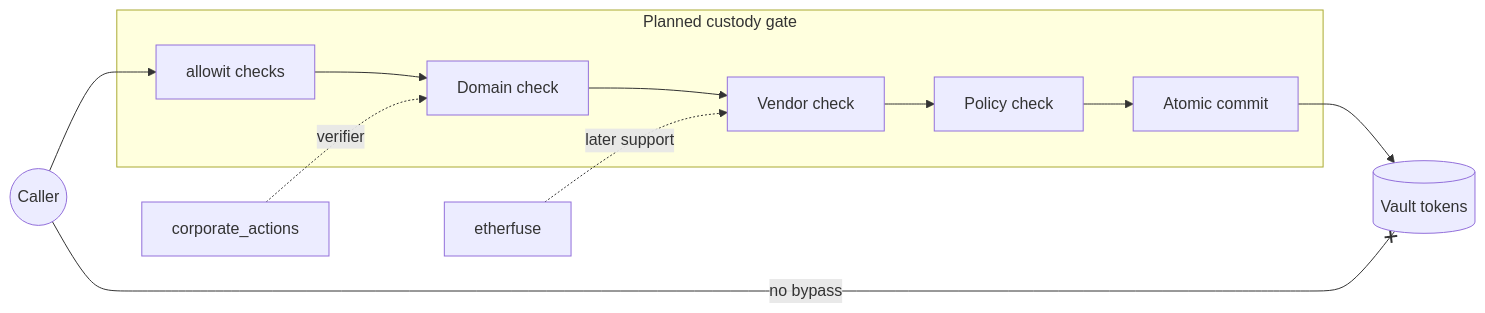
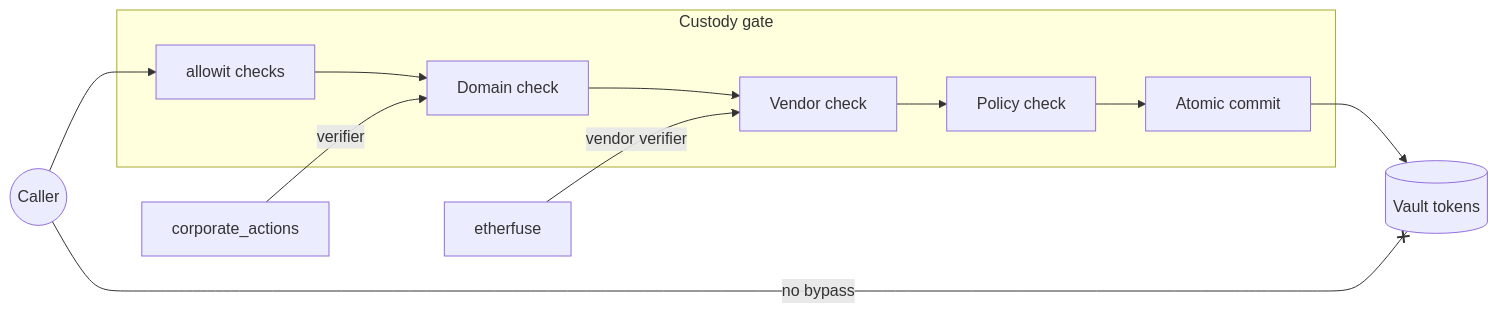
The eighth of 8 diagrams in docs/architecture.md (AllowIt-hq/Colosseum), drawn with Mermaid before and after one commit. The commit also changed other lines of this file and 2 other files, not shown here.

Commit message:
docs: keep delivery status in roadmap

````diff
--- a/docs/architecture.md
+++ b/docs/architecture.md
@@ -182,15 +180,15 @@
 ```mermaid
 flowchart LR
     Caller((Caller)) --> Base
-    subgraph Gate[Planned custody gate]
+    subgraph Gate[Custody gate]
         Base[allowit checks] --> Domain[Domain check]
         Domain --> Vendor[Vendor check]
         Vendor --> Policy[Policy check]
         Policy --> Commit[Atomic commit]
     end
-    CA[corporate_actions] -.->|verifier| Domain
-    EF[etherfuse] -.->|later support| Vendor
+    CA[corporate_actions] -->|verifier| Domain
+    EF[etherfuse] -->|vendor verifier| Vendor
     Commit --> Vault[(Vault tokens)]
     Caller --x|no bypass| Vault
 
 ```
````
